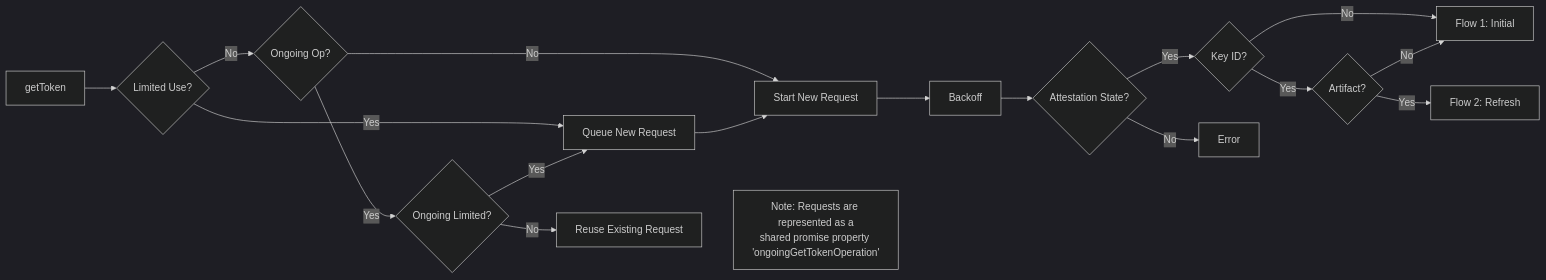
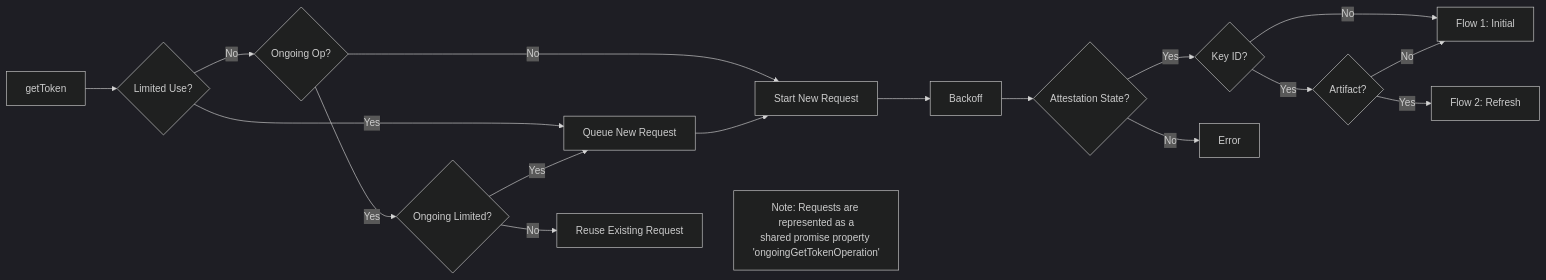
The first of 4 diagrams in docs/providers/app-attest.md (google/app-check), drawn with Mermaid (dark theme) before and after one commit.

````diff
--- a/docs/providers/app-attest.md
+++ b/docs/providers/app-attest.md
@@ -31,30 +31,31 @@
 ```mermaid
+%%{init: {"flowchart": {"diagramPadding": 150}}}%%
 flowchart LR
     Start[getToken] --> CheckUse{Limited Use?}
     
     CheckUse -- Yes --> Queue[Queue New Request]
     CheckUse -- No --> Coalesce{Ongoing Op?}
     
     Coalesce -- No --> StartNew[Start New Request]
     Coalesce -- Yes --> CheckOngoing{Ongoing Limited?}
     
     CheckOngoing -- Yes --> Queue
     CheckOngoing -- No --> Reuse[Reuse Existing Request]
     
     Queue --> StartNew
     StartNew --> Backoff[Backoff]
     
     Backoff --> StateCheck{Attestation State?}
     
     StateCheck -->|Yes| KeyCheck{Key ID?}
     
     KeyCheck -- No --> Flow1[Flow 1: Initial]
     KeyCheck -- Yes --> ArtifactCheck{Artifact?}
     
     ArtifactCheck -- No --> Flow1
     ArtifactCheck -- Yes --> Flow2[Flow 2: Refresh]
 
     StateCheck -->|No| Error[Error]
 
     Reuse ~~~ Footnote[Note: Requests are represented as a<br/>shared promise property 'ongoingGetTokenOperation']
 ```
````
